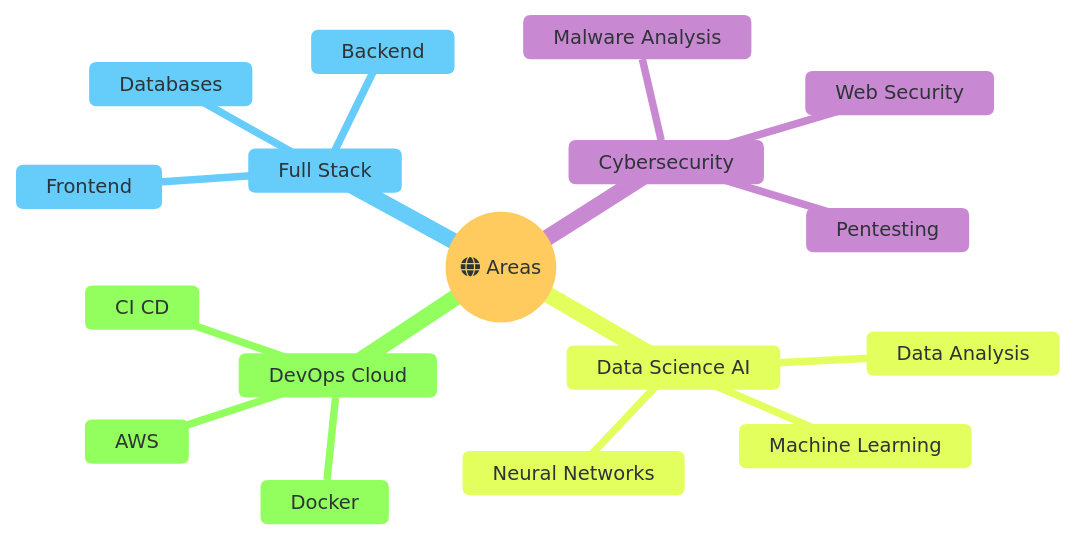
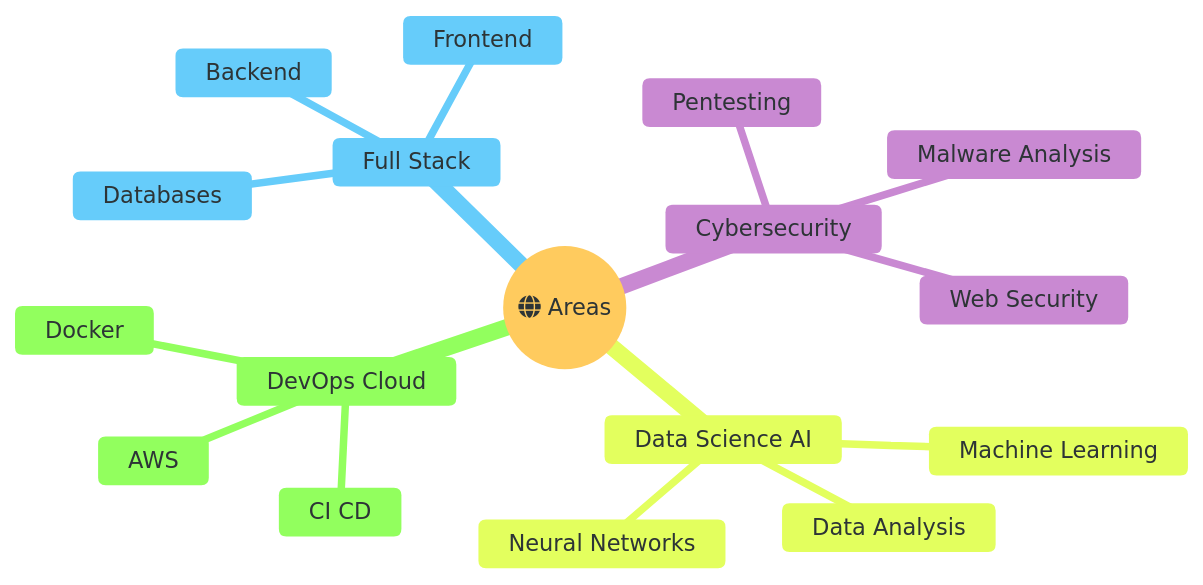
Before and after one commit to devsebastian44/Devsebastian44: the diagram in README.md, drawn with Mermaid.

Commit message:
Version 1

````diff
--- a/README.md
+++ b/README.md
@@ -75,38 +75,50 @@
 ```mermaid
 mindmap
   root((fa:fa-globe Areas))
     Full Stack
       ::icon(fa fa-code)
       Frontend
+        ::icon(fa fa-desktop)
       Backend
+        ::icon(fa fa-server)
       Databases
+        ::icon(fa fa-database)
     Cybersecurity
       ::icon(fa fa-shield-halved)
       Pentesting
+        ::icon(fa fa-user-secret)
       Malware Analysis
+        ::icon(fa fa-bug)
       Web Security
+        ::icon(fa fa-lock)
     Data Science AI
       ::icon(fa fa-brain)
       Machine Learning
+        ::icon(fa fa-robot)
       Data Analysis
+        ::icon(fa fa-chart-line)
       Neural Networks
+        ::icon(fa fa-network-wired)
     DevOps Cloud
       ::icon(fa fa-cloud)
       Docker
+        ::icon(fa fa-box)
       AWS
+        ::icon(fa fa-aws)
       CI CD
+        ::icon(fa fa-infinity)
   %%{init: {
     'theme': 'base',
     'themeVariables': {
       'primaryColor': '#fff4dd',
       'primaryTextColor': '#2d3436',
       'primaryBorderColor': '#2d3436',
       'lineColor': '#636e72',
       'secondaryColor': '#e1f5fe',
       'tertiaryColor': '#f3e5f5',
       'quaternaryColor': '#e8f5e9',
-      'fontSize': '13px',
+      'fontSize': '15px',
       'fontFamily': 'Comic Sans MS, cursive'
     }
   }}%%
 ```
````
